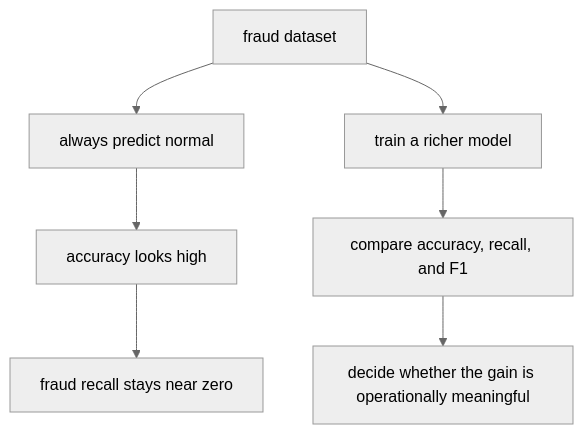
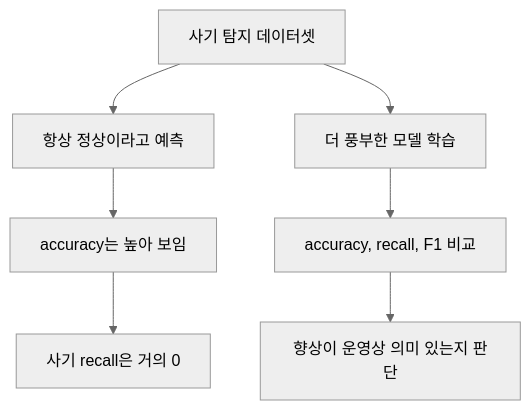
One commit to devchan64/AiBook changed the fourth of 4 diagrams in docs/parts/part-04/chapter-08/section-02.md. Above: the diagram before and after it, drawn with Mermaid (neutral theme). The commit also changed other lines of this file and 138 other files, not shown here.

````diff
--- a/docs/parts/part-04/chapter-08/section-02.md
+++ b/docs/parts/part-04/chapter-08/section-02.md
@@ -333,13 +333,13 @@
 ```mermaid
 flowchart TD
-  A["fraud dataset"]
-  B["always predict normal"]
-  C["accuracy looks high"]
-  D["fraud recall stays near zero"]
-  E["train a richer model"]
-  F["compare accuracy, recall, and F1"]
-  G["decide whether the gain is operationally meaningful"]
+  A["사기 탐지 데이터셋"]
+  B["항상 정상이라고 예측"]
+  C["accuracy는 높아 보임"]
+  D["사기 recall은 거의 0"]
+  E["더 풍부한 모델 학습"]
+  F["accuracy, recall, F1 비교"]
+  G["향상이 운영상 의미 있는지 판단"]
 
   A --> B --> C --> D
   A --> E --> F --> G
 ```
````
